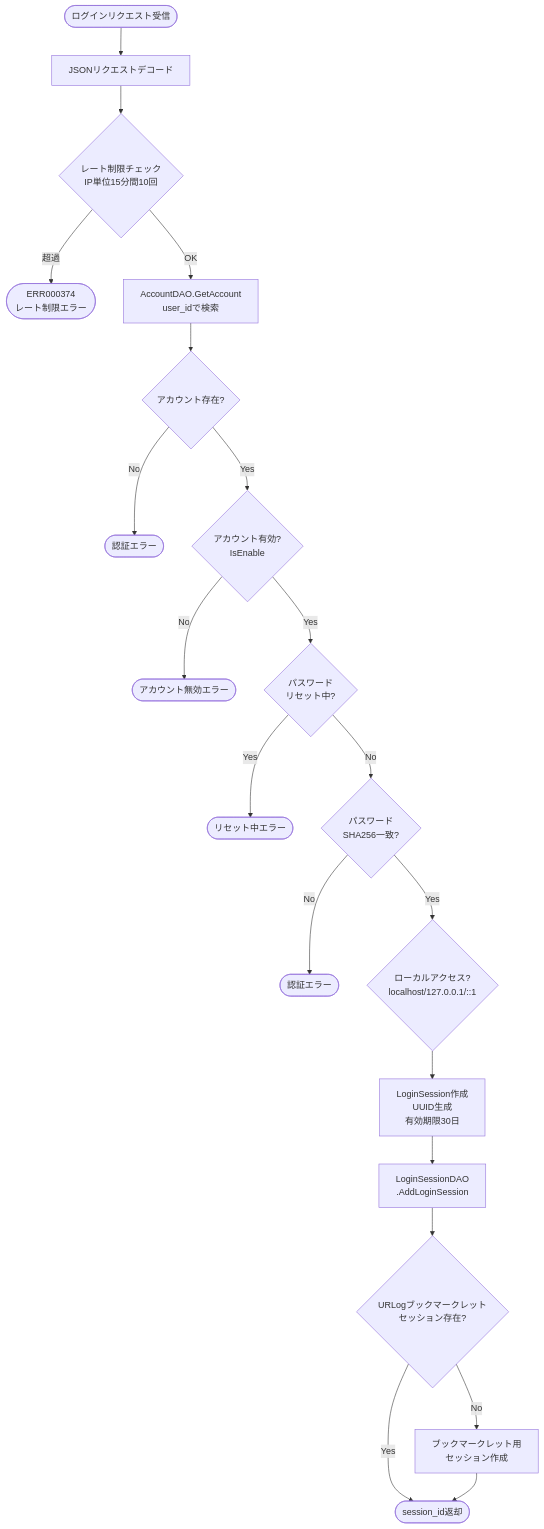
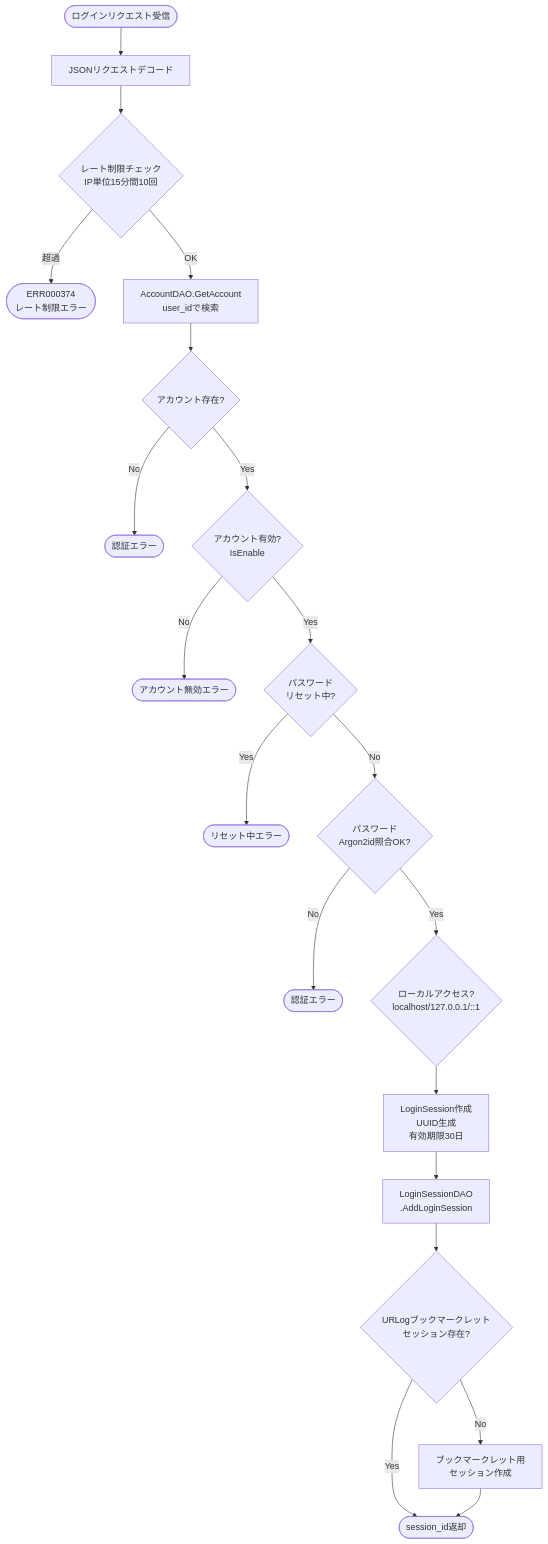
The eighth of 13 diagrams in documents/reverse/activity-diagrams.md (mt3hr/gkill), drawn with Mermaid before and after one commit. The commit also changed other lines of this file and 62 other files, not shown here.

````diff
--- a/documents/reverse/activity-diagrams.md
+++ b/documents/reverse/activity-diagrams.md
@@ -257,28 +257,28 @@
 ```mermaid
 flowchart TD
     Start([ログインリクエスト受信]) --> DecodeReq[JSONリクエストデコード]
     DecodeReq --> RateLimit{レート制限チェック<br>IP単位15分間10回}
     RateLimit -->|超過| ErrorRate([ERR000374<br>レート制限エラー])
     RateLimit -->|OK| GetAccount[AccountDAO.GetAccount<br>user_idで検索]
 
     GetAccount --> AccountExists{アカウント存在?}
     AccountExists -->|No| Error401([認証エラー])
     AccountExists -->|Yes| IsEnabled{アカウント有効?<br>IsEnable}
 
     IsEnabled -->|No| Error403([アカウント無効エラー])
     IsEnabled -->|Yes| ResetPending{パスワード<br>リセット中?}
 
     ResetPending -->|Yes| Error403b([リセット中エラー])
-    ResetPending -->|No| PasswordMatch{パスワード<br>SHA256一致?}
+    ResetPending -->|No| PasswordMatch{パスワード<br>Argon2id照合OK?}
 
     PasswordMatch -->|No| Error401b([認証エラー])
     PasswordMatch -->|Yes| CheckLocal{ローカルアクセス?<br>localhost/127.0.0.1/::1}
 
     CheckLocal --> CreateSession[LoginSession作成<br>UUID生成<br>有効期限30日]
     CreateSession --> SaveSession[LoginSessionDAO<br>.AddLoginSession]
     SaveSession --> CheckBookmarklet{URLogブックマークレット<br>セッション存在?}
 
     CheckBookmarklet -->|No| CreateBookmarklet[ブックマークレット用<br>セッション作成]
     CheckBookmarklet -->|Yes| ReturnSession
     CreateBookmarklet --> ReturnSession([session_id返却])
 ```
````
